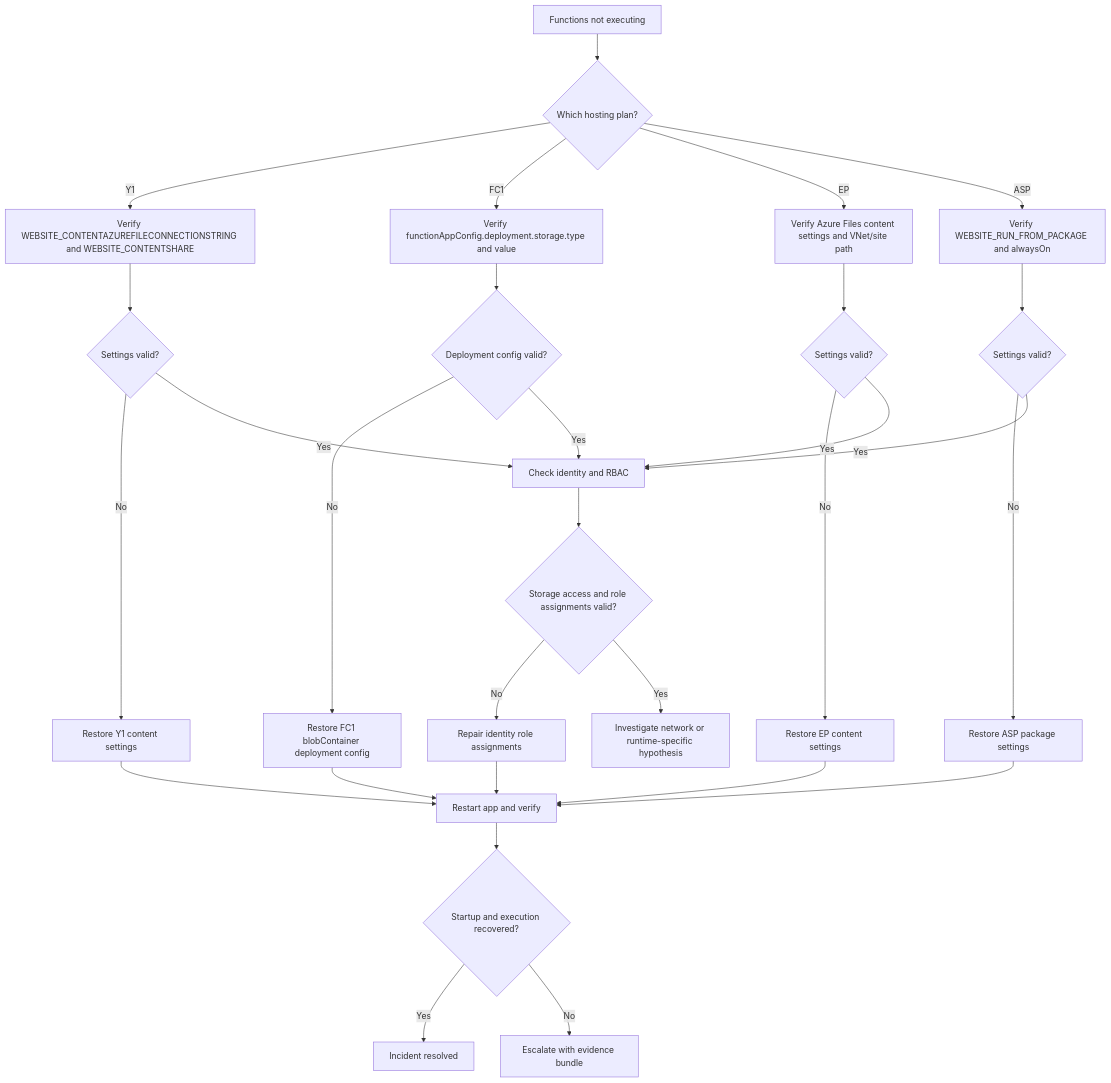
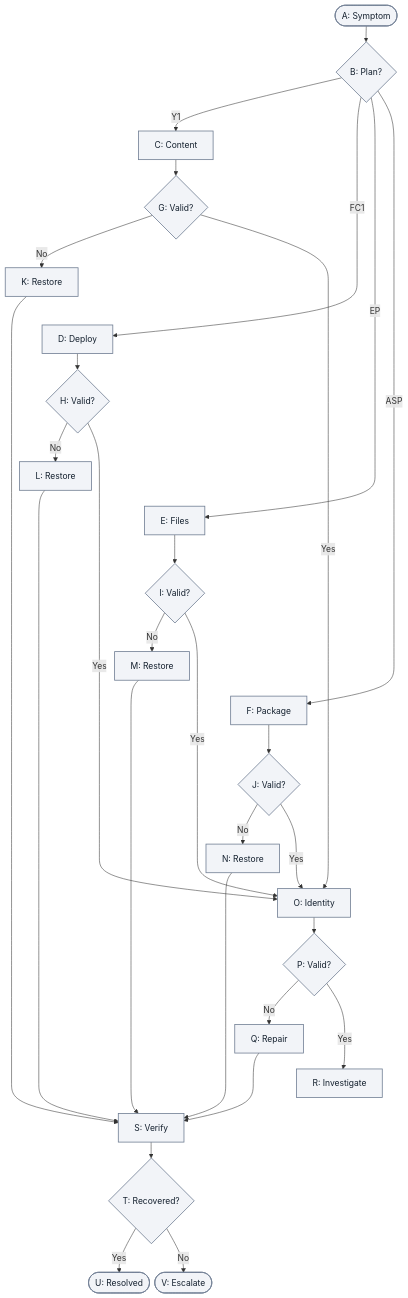
The fourth of 5 diagrams in docs/troubleshooting/lab-guides/code-storage-verification.md (yeongseon/azure-functions-practical-guide), drawn with Mermaid before and after one commit. The commit also changed other lines of this file and 1 other file, not shown here.

First line of the commit message:
docs(diagrams): migrate Functions lab storage network auth — code storage verification (#439)

````diff
--- a/docs/troubleshooting/lab-guides/code-storage-verification.md
+++ b/docs/troubleshooting/lab-guides/code-storage-verification.md
@@ -1708,37 +1747,43 @@
 ```mermaid
+%%{init: {'flowchart': {'nodeSpacing': 10, 'rankSpacing': 30}}}%%
 flowchart TD
-    A[Functions not executing] --> B{Which hosting plan?}
-    B -->|Y1| C[Verify WEBSITE_CONTENTAZUREFILECONNECTIONSTRING and WEBSITE_CONTENTSHARE]
-    B -->|FC1| D[Verify functionAppConfig.deployment.storage.type and value]
-    B -->|EP| E["Verify Azure Files content settings and VNet/site path"]
-    B -->|ASP| F[Verify WEBSITE_RUN_FROM_PACKAGE and alwaysOn]
-
-    C --> G{Settings valid?}
-    D --> H{Deployment config valid?}
-    E --> I{Settings valid?}
-    F --> J{Settings valid?}
-
-    G -->|No| K[Restore Y1 content settings]
-    H -->|No| L[Restore FC1 blobContainer deployment config]
-    I -->|No| M[Restore EP content settings]
-    J -->|No| N[Restore ASP package settings]
-
-    G -->|Yes| O[Check identity and RBAC]
+    accTitle: Plan-aware code storage triage decisions
+    accDescr: Non-execution symptom routes to all four plan checks, all Yes and No branches, restoration, identity and RBAC investigation, network or runtime hypotheses, recovery verification and escalation. This is a diagnostic reading order, not proof of root cause.
+    A(["A: Symptom"]) --> B{"B: Plan?"}
+    B -->|Y1| C["C: Content"]
+    B -->|FC1| D["D: Deploy"]
+    B -->|EP| E["E: Files"]
+    B -->|ASP| F["F: Package"]
+    C --> G{"G: Valid?"}
+    D --> H{"H: Valid?"}
+    E --> I{"I: Valid?"}
+    F --> J{"J: Valid?"}
+    G -->|No| K["K: Restore"]
+    H -->|No| L["L: Restore"]
+    I -->|No| M["M: Restore"]
+    J -->|No| N["N: Restore"]
+    G -->|Yes| O["O: Identity"]
     H -->|Yes| O
     I -->|Yes| O
     J -->|Yes| O
-
-    O --> P{Storage access and role assignments valid?}
-    P -->|No| Q[Repair identity role assignments]
-    P -->|Yes| R[Investigate network or runtime-specific hypothesis]
-
-    K --> S[Restart app and verify]
+    O --> P{"P: Valid?"}
+    P -->|No| Q["Q: Repair"]
+    P -->|Yes| R["R: Investigate"]
+    K --> S["S: Verify"]
     L --> S
     M --> S
     N --> S
     Q --> S
-
-    S --> T{Startup and execution recovered?}
-    T -->|Yes| U[Incident resolved]
-    T -->|No| V[Escalate with evidence bundle]
+    S --> T{"T: Recovered?"}
+    T -->|Yes| U(["U: Resolved"])
+    T -->|No| V(["V: Escalate"])
+    %% Layout-only links tier branches; no diagnostic steps or arrows added.
+    K ~~~ D
+    L ~~~ E
+    M ~~~ F
+    N ~~~ O
+    Q ~~~ R
+    R ~~~ S
+    classDef neutral fill:#f2f4f8,stroke:#707e93,stroke-width:1.5px,color:#14202e;
+    class A,B,C,D,E,F,G,H,I,J,K,L,M,N,O,P,Q,R,S,T,U,V neutral;
 ```
````
